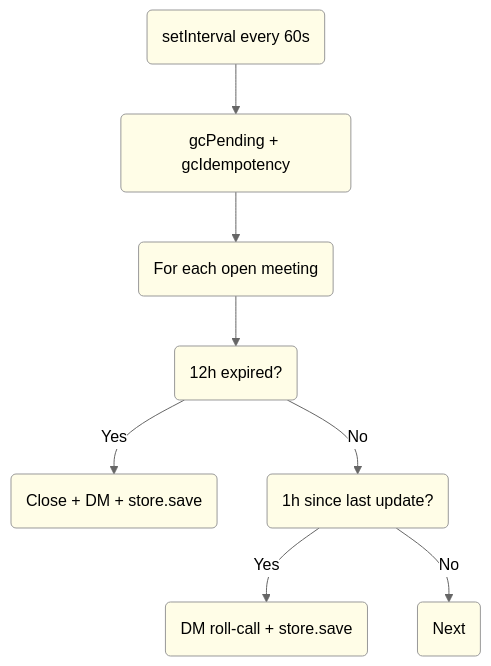
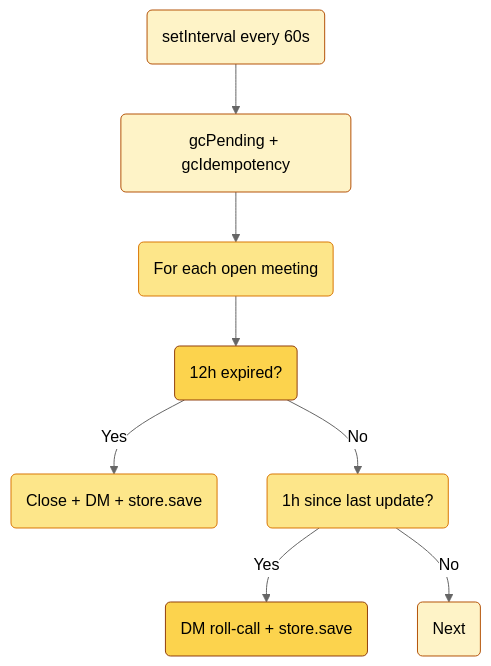
Diagram 12 of 13 in README.md (javana3/claw_meeting_all), drawn with Mermaid (neutral theme) before and after one commit. The commit also changed other lines of this file, not shown here.

Commit message:
Add golden borders and hierarchy to mermaid diagrams

````diff
--- a/README.md
+++ b/README.md
@@ -426,19 +426,19 @@
 ```mermaid
 graph TD
     TICK(setInterval every 60s) --> GC(gcPending + gcIdempotency)
     GC --> LOOP(For each open meeting)
     LOOP --> EXP(12h expired?)
     EXP -->|Yes| CLOSE(Close + DM + store.save)
     EXP -->|No| STATUS(1h since last update?)
     STATUS -->|Yes| DM(DM roll-call + store.save)
     STATUS -->|No| NEXT(Next)
 
-    style CLOSE fill:#fffde7,color:#000
-    style DM fill:#fffde7,color:#000
-    style TICK fill:#fffde7,color:#000
-    style GC fill:#fffde7,color:#000
-    style LOOP fill:#fffde7,color:#000
-    style EXP fill:#fffde7,color:#000
-    style STATUS fill:#fffde7,color:#000
-    style NEXT fill:#fffde7,color:#000
+    style CLOSE fill:#fde68a,stroke:#d97706,color:#000
+    style DM fill:#fcd34d,stroke:#92400e,color:#000
+    style TICK fill:#fef3c7,stroke:#b45309,color:#000
+    style GC fill:#fef3c7,stroke:#b45309,color:#000
+    style LOOP fill:#fde68a,stroke:#d97706,color:#000
+    style EXP fill:#fcd34d,stroke:#92400e,color:#000
+    style STATUS fill:#fde68a,stroke:#d97706,color:#000
+    style NEXT fill:#fef3c7,stroke:#b45309,color:#000
 ```
````
